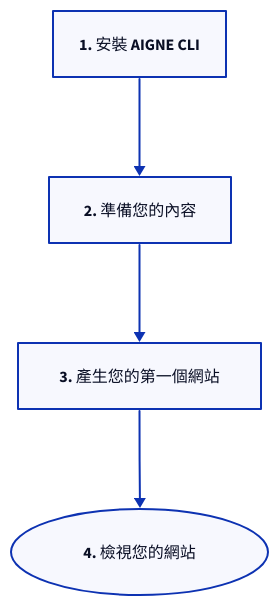
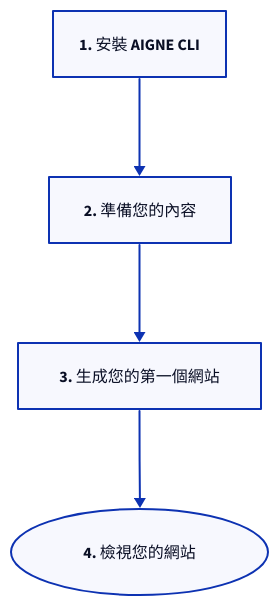
The diagram in .aigne/doc-smith/docs/getting-started.zh-TW.md (AIGNE-io/aigne-web-smith), drawn with D2 before and after one commit. The commit also changed other lines of this file and 49 other files, not shown here.

````diff
--- a/.aigne/doc-smith/docs/getting-started.zh-TW.md
+++ b/.aigne/doc-smith/docs/getting-started.zh-TW.md
@@ -7,25 +7,25 @@
 ```d2
 direction: down
 
 Install: {
   label: "1. 安裝 AIGNE CLI"
   shape: rectangle
 }
 
 Prepare: {
   label: "2. 準備您的內容"
   shape: rectangle
 }
 
 Generate: {
-  label: "3. 產生您的第一個網站"
+  label: "3. 生成您的第一個網站"
   shape: rectangle
 }
 
 View: {
   label: "4. 檢視您的網站"
   shape: oval
 }
 
 Install -> Prepare -> Generate -> View
 ```
````
